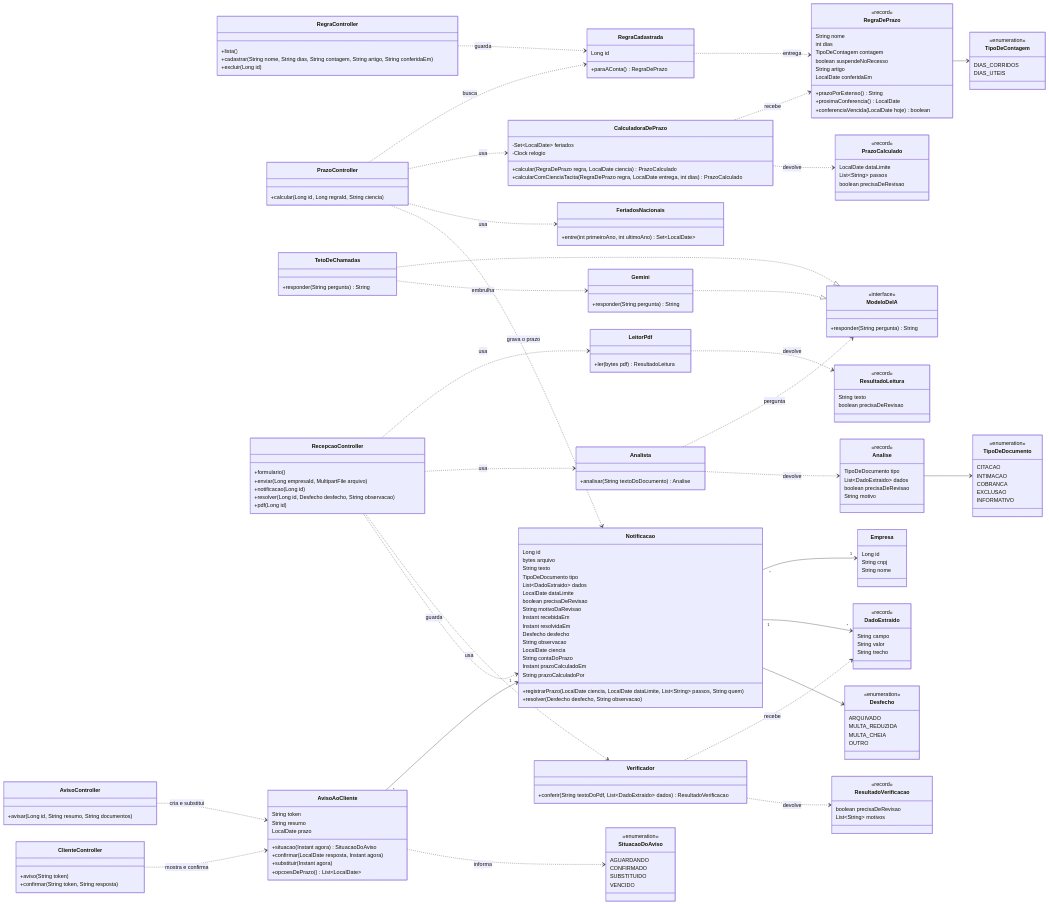
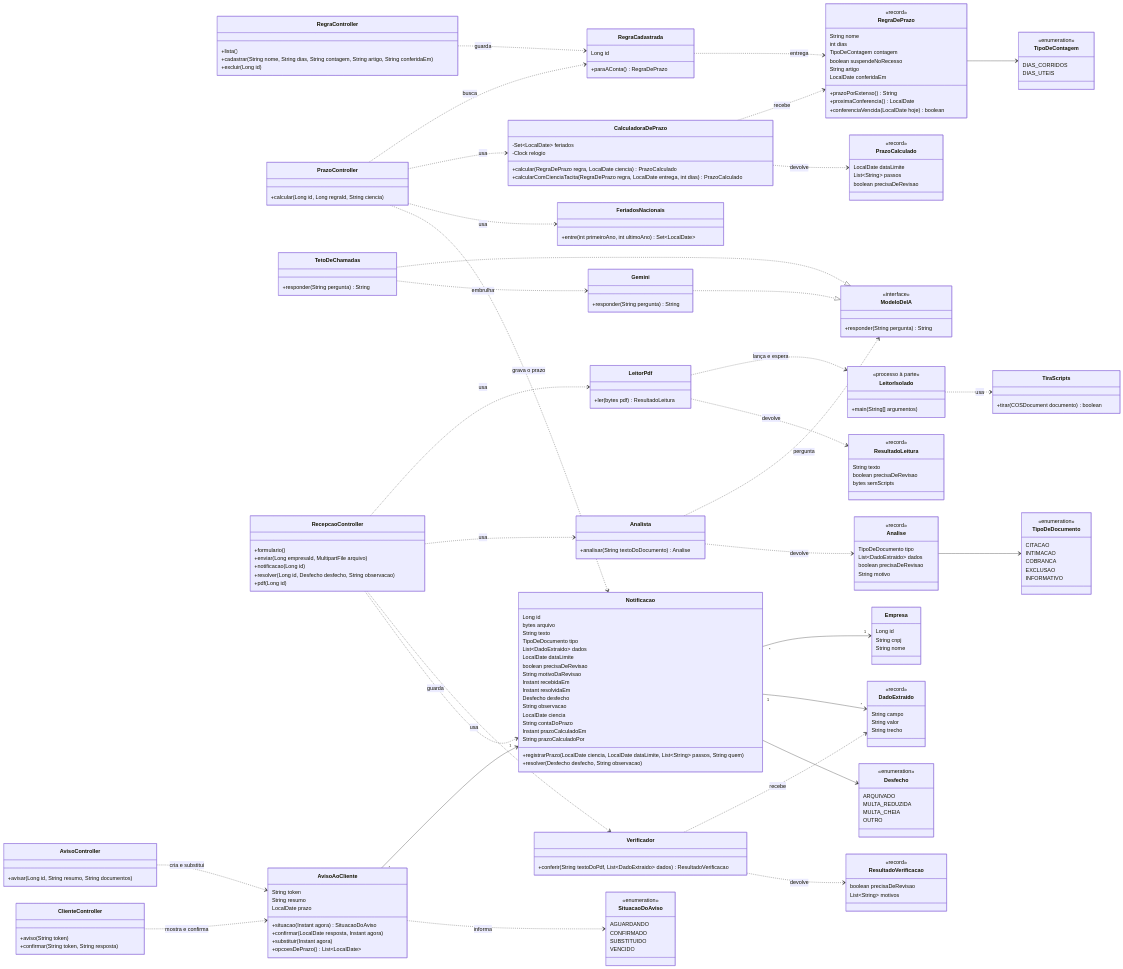
Before and after one commit to namtech-agents/atalaia: the third of 9 diagrams in docs/04-arquitetura/arquitetura.md, drawn with Mermaid. The commit also changed other lines of this file, not shown here.

Commit message:
docs: leitor num processo à parte, TiraScripts e V12 na arquitetura (#144)

```diff
--- a/docs/04-arquitetura/arquitetura.md
+++ b/docs/04-arquitetura/arquitetura.md
@@ -167,10 +169,18 @@
         class LeitorPdf {
             +ler(bytes pdf) ResultadoLeitura
         }
+        class LeitorIsolado {
+            <<processo à parte>>
+            +main(String[] argumentos)
+        }
+        class TiraScripts {
+            +tirar(COSDocument documento) boolean
+        }
         class ResultadoLeitura {
             <<record>>
             String texto
             boolean precisaDeRevisao
+            bytes semScripts
         }
 
         class Verificador {
@@ -330,6 +340,8 @@
     AvisoAoCliente ..> SituacaoDoAviso : informa
     AvisoController ..> AvisoAoCliente : cria e substitui
     ClienteController ..> AvisoAoCliente : mostra e confirma
+    LeitorPdf ..> LeitorIsolado : lança e espera
+    LeitorIsolado ..> TiraScripts : usa
     LeitorPdf ..> ResultadoLeitura : devolve
     Verificador ..> DadoExtraido : recebe
     Verificador ..> ResultadoVerificacao : devolve
```
